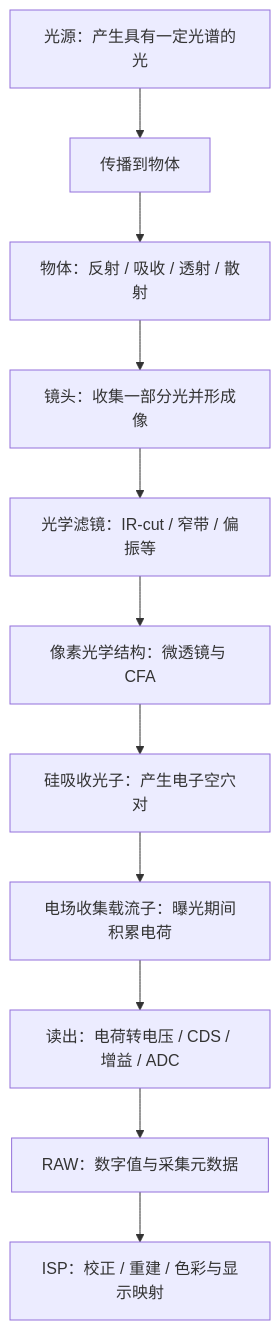
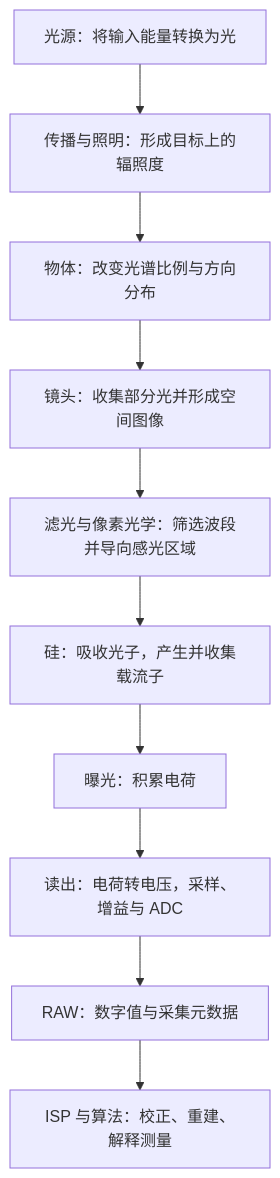
Before and after one commit to lionelnoah/Photon2Pixel-ISP: the diagram in docs/01_一个光子的旅行.md, drawn with Mermaid. The commit also changed other lines of this file and 1 other file, not shown here.

````diff
--- a/docs/01_一个光子的旅行.md
+++ b/docs/01_一个光子的旅行.md
@@ -52,13 +13,12 @@
 ```mermaid
 flowchart TD
-    A[光源：产生具有一定光谱的光] --> B[传播到物体]
-    B --> C[物体：反射 / 吸收 / 透射 / 散射]
-    C --> D[镜头：收集一部分光并形成像]
-    D --> E[光学滤镜：IR-cut / 窄带 / 偏振等]
-    E --> F[像素光学结构：微透镜与 CFA]
-    F --> G[硅吸收光子：产生电子空穴对]
-    G --> H[电场收集载流子：曝光期间积累电荷]
-    H --> I[读出：电荷转电压 / CDS / 增益 / ADC]
-    I --> J[RAW：数字值与采集元数据]
-    J --> K[ISP：校正 / 重建 / 色彩与显示映射]
+    A[光源：将输入能量转换为光] --> B[传播与照明：形成目标上的辐照度]
+    B --> C[物体：改变光谱比例与方向分布]
+    C --> D[镜头：收集部分光并形成空间图像]
+    D --> E[滤光与像素光学：筛选波段并导向感光区域]
+    E --> F[硅：吸收光子，产生并收集载流子]
+    F --> G[曝光：积累电荷]
+    G --> H[读出：电荷转电压，采样、增益与 ADC]
+    H --> I[RAW：数字值与采集元数据]
+    I --> J[ISP 与算法：校正、重建、解释测量]
 ```
````
